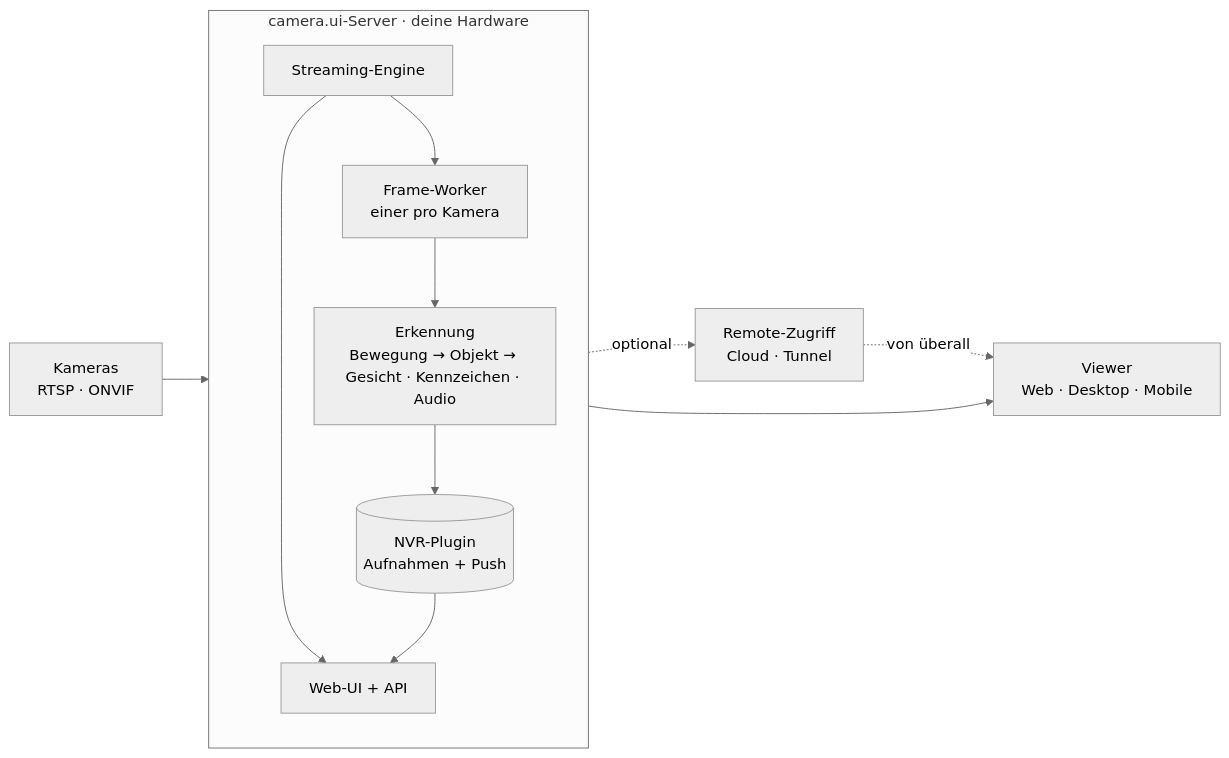
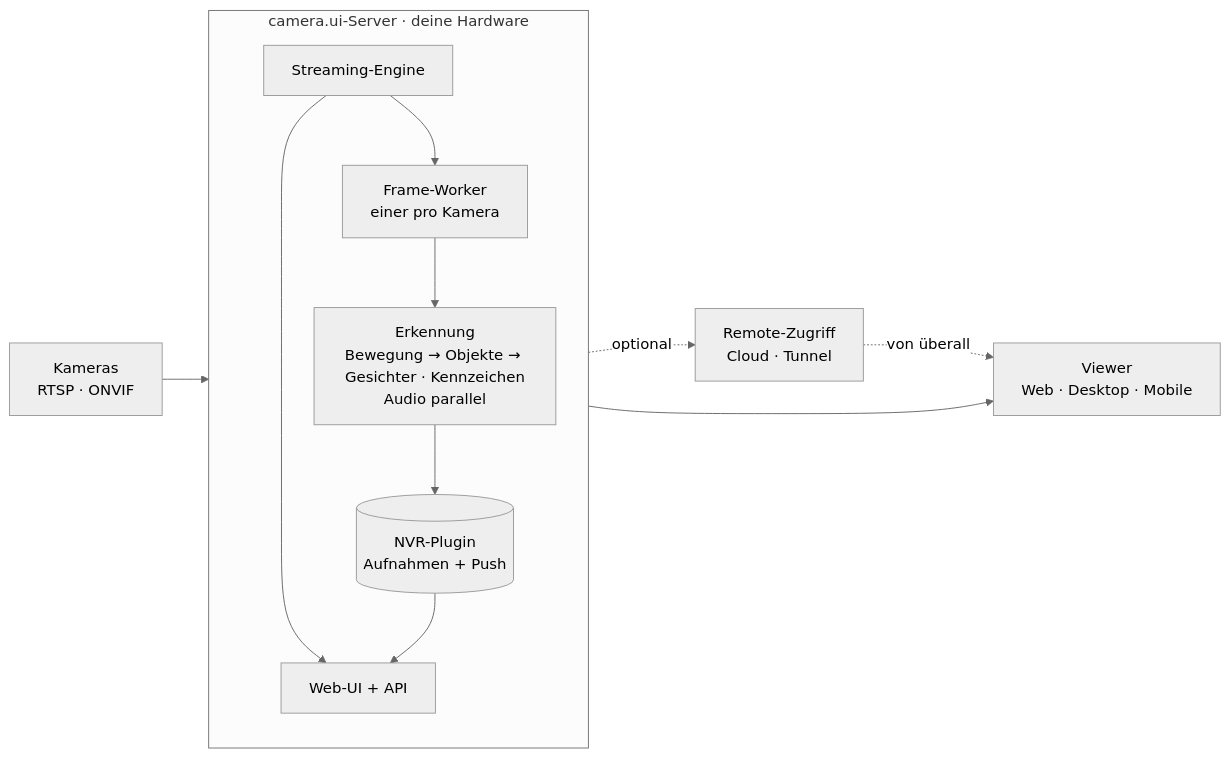
Before and after one commit to cameraui/docs: the diagram in de/intro/architecture.md, drawn with Mermaid (neutral theme). The commit also changed other lines of this file and 5 other files, not shown here.

````diff
--- a/de/intro/architecture.md
+++ b/de/intro/architecture.md
@@ -15,18 +15,18 @@
 ```mermaid
 flowchart LR
   cam[Kameras<br/>RTSP · ONVIF]
 
   subgraph server[camera.ui-Server · deine Hardware]
     direction TB
     g[Streaming-Engine] --> fw[Frame-Worker<br/>einer pro Kamera]
-    fw --> det[Erkennung<br/>Bewegung → Objekt → Gesicht · Kennzeichen · Audio]
+    fw --> det[Erkennung<br/>Bewegung → Objekte → Gesichter · Kennzeichen<br/>Audio parallel]
     det --> nvr[(NVR-Plugin<br/>Aufnahmen + Push)]
     g --> api[Web-UI + API]
     nvr --> api
   end
 
   cam --> g
   api --> viewers[Viewer<br/>Web · Desktop · Mobile]
   api -. optional .-> remote[Remote-Zugriff<br/>Cloud · Tunnel]
   remote -. von überall .-> viewers
 ```
````
